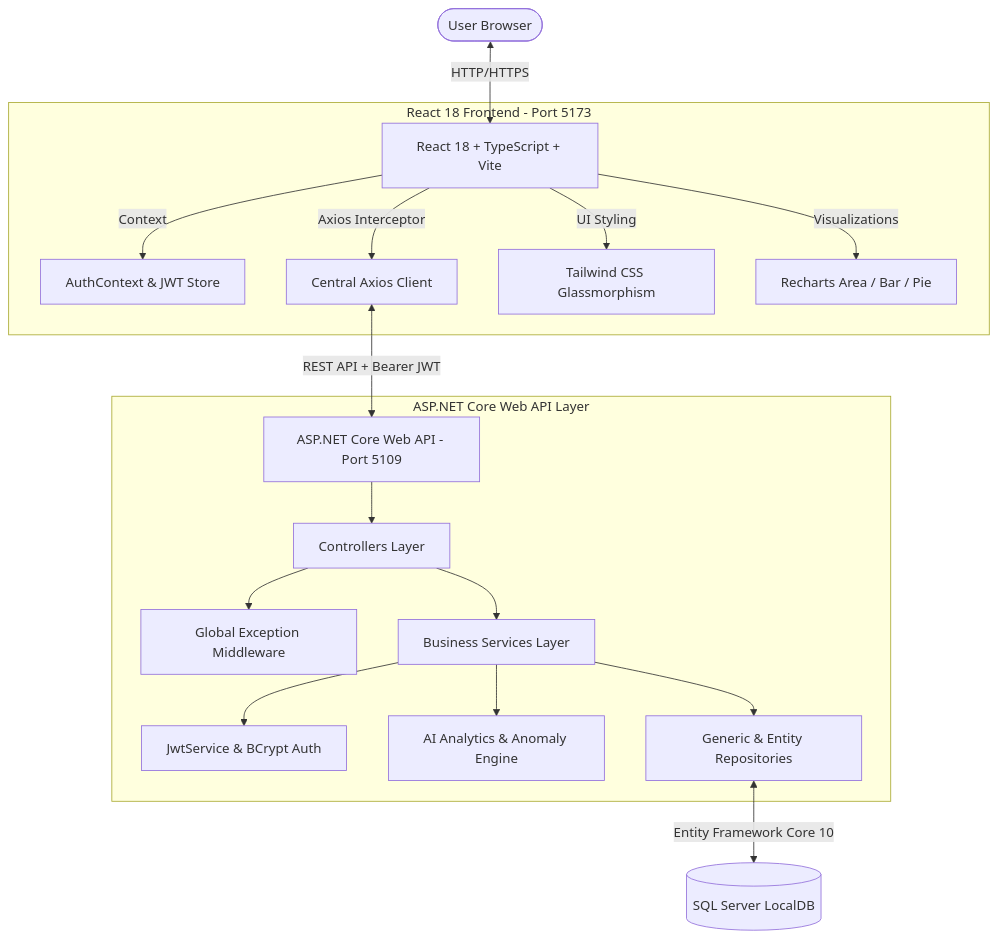
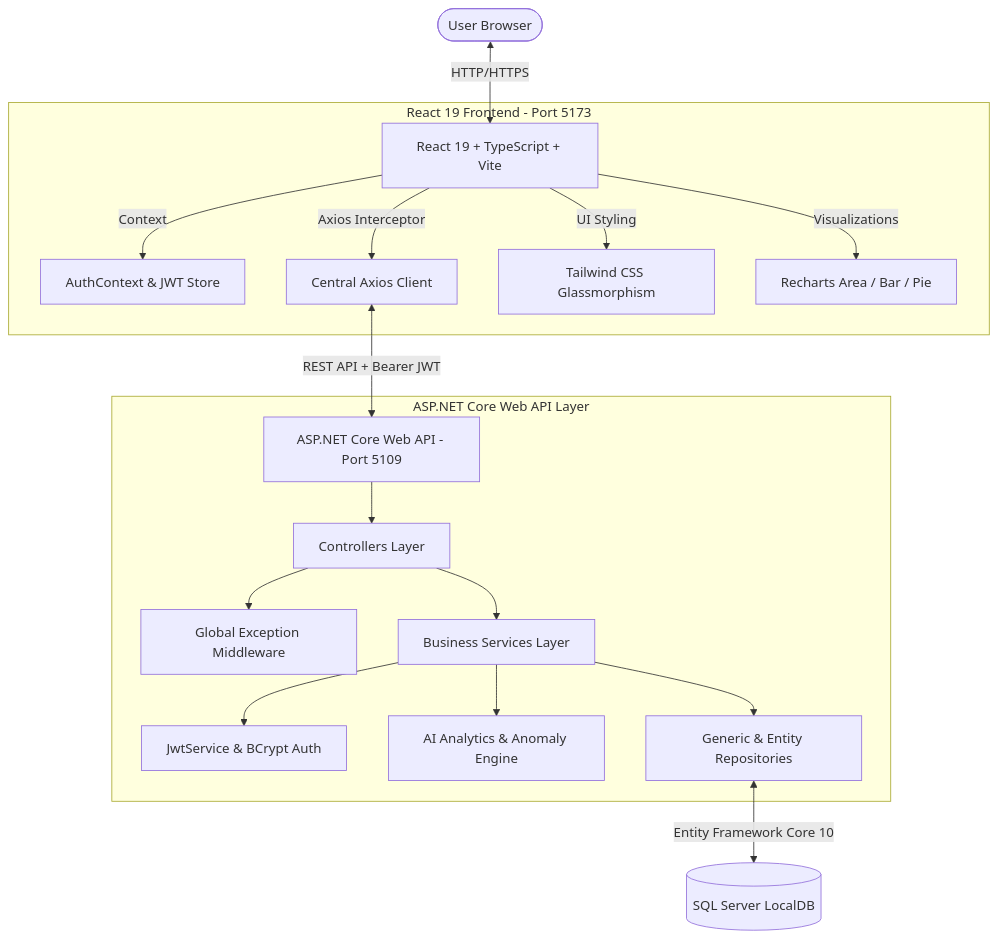
Before and after one commit to KeshavX3/Vehicle-PO: the diagram in README.md, drawn with Mermaid. The commit also changed other lines of this file and 38 other files, not shown here.

Commit message:
implement core backend architecture including JWT authentication, entity framework data access, and API controllers

````diff
--- a/README.md
+++ b/README.md
@@ -53,24 +53,24 @@
 ```mermaid
 graph TD
-    User([User Browser]) <-->|HTTP/HTTPS| ReactApp[React 18 + TypeScript + Vite]
+    User([User Browser]) <-->|HTTP/HTTPS| ReactApp[React 19 + TypeScript + Vite]
     
-    subgraph Frontend Layer [React 18 Frontend - Port 5173]
+    subgraph Frontend Layer [React 19 Frontend - Port 5173]
         ReactApp -->|Context| AuthState[AuthContext & JWT Store]
         ReactApp -->|Axios Interceptor| AxiosClient[Central Axios Client]
         ReactApp -->|UI Styling| GlassUI[Tailwind CSS Glassmorphism]
         ReactApp -->|Visualizations| Charts[Recharts Area / Bar / Pie]
     end
 
     AxiosClient <-->|REST API + Bearer JWT| API[ASP.NET Core Web API - Port 5109]
 
     subgraph Backend Layer [ASP.NET Core Web API Layer]
         API --> Controllers[Controllers Layer]
         Controllers --> Middleware[Global Exception Middleware]
         Controllers --> Services[Business Services Layer]
         Services --> JwtService[JwtService & BCrypt Auth]
         Services --> AnalyticsService[AI Analytics & Anomaly Engine]
         Services --> Repositories[Generic & Entity Repositories]
     end
 
     Repositories <-->|Entity Framework Core 10| SQL[(SQL Server LocalDB)]
 ```
````
